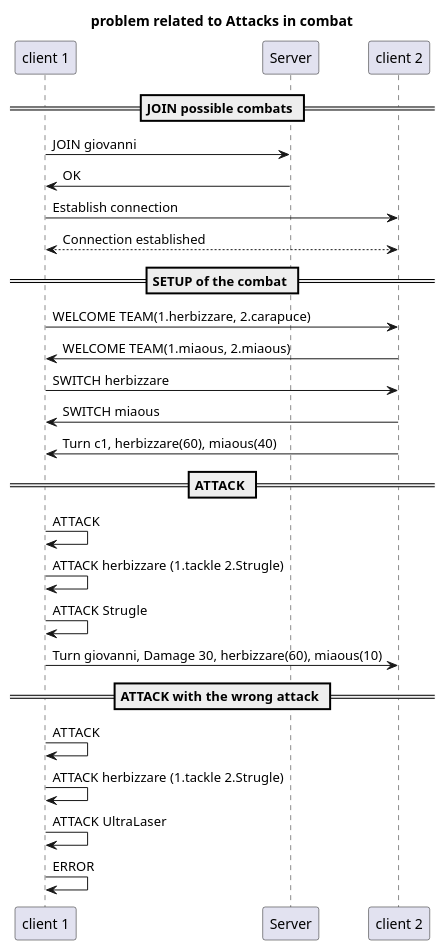
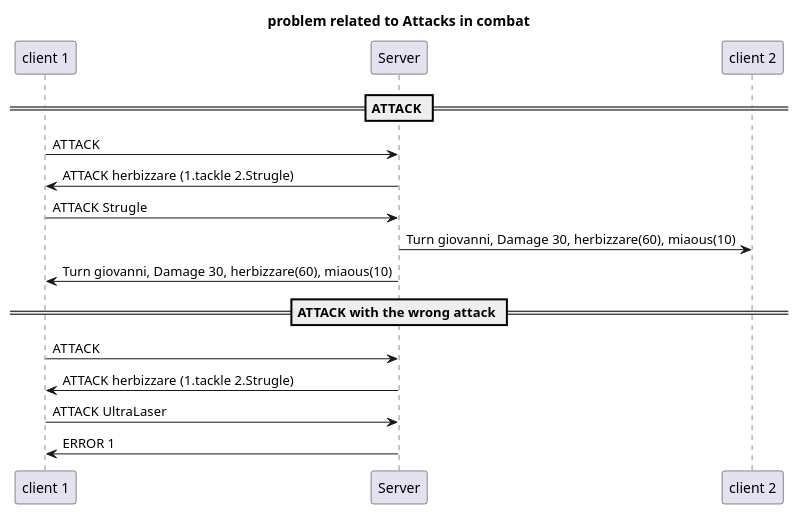
Before and after one commit to Dansnts/DAI-Labo02: the diagram in PocketMonster/Protocole/AttackCombatProblem.plantuml, drawn with PlantUML. The commit also changed 7 other files, not shown here.

```diff
--- a/PocketMonster/Protocole/AttackCombatProblem.plantuml
+++ b/PocketMonster/Protocole/AttackCombatProblem.plantuml
@@ -1,32 +1,19 @@
 @startuml AttackCombatProblem
 title "problem related to Attacks in combat"
 participant "client 1" as c1
 participant "Server" as s
 participant "client 2" as giovanni
-== JOIN possible combats ==
-
-c1->s: JOIN giovanni
-s->c1: OK
-
-c1->giovanni: Establish connection
-c1<-->giovanni: Connection established
-
-== SETUP of the combat ==
-c1->giovanni: WELCOME TEAM(1.herbizzare, 2.carapuce)
-giovanni->c1: WELCOME TEAM(1.miaous, 2.miaous)
-c1->giovanni: SWITCH herbizzare
-giovanni->c1: SWITCH miaous
-giovanni->c1: Turn c1, herbizzare(60), miaous(40)
 
 == ATTACK ==
-c1->c1: ATTACK
-c1->c1: ATTACK herbizzare (1.tackle 2.Strugle)
-c1->c1: ATTACK Strugle
-c1->giovanni: Turn giovanni, Damage 30, herbizzare(60), miaous(10)
+c1->s: ATTACK
+s->c1: ATTACK herbizzare (1.tackle 2.Strugle)
+c1->s: ATTACK Strugle
+s->giovanni: Turn giovanni, Damage 30, herbizzare(60), miaous(10)
+s->c1: Turn giovanni, Damage 30, herbizzare(60), miaous(10)
 
 == ATTACK with the wrong attack ==
-c1->c1: ATTACK
-c1->c1: ATTACK herbizzare (1.tackle 2.Strugle)
-c1->c1: ATTACK UltraLaser
-c1->c1: ERROR
+c1->s: ATTACK
+s->c1: ATTACK herbizzare (1.tackle 2.Strugle)
+c1->s: ATTACK UltraLaser
+s->c1: ERROR 1
 @enduml
```
